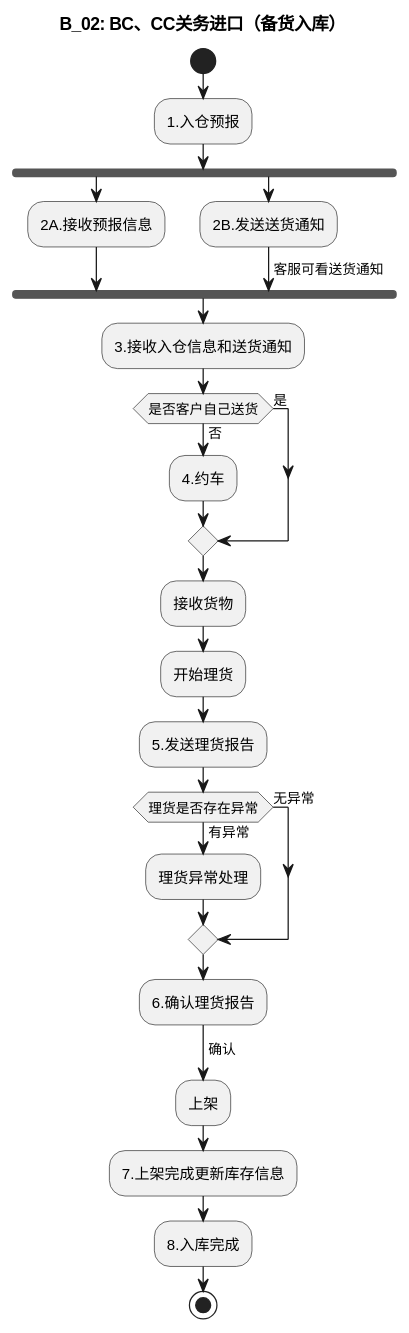
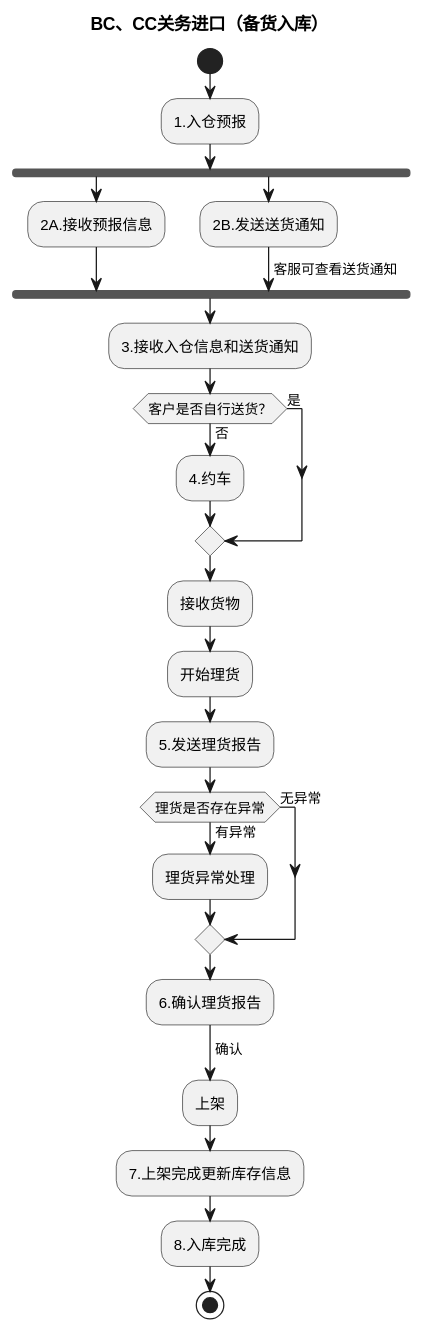
One commit to jack888332/projects-doc changed the first of 6 diagrams in product-caliber/goldjet/segmented-prd/mainflow/PRD.高捷物流系统一期.主流程.05.跨境电商BC、个人物品CC进口详细流程.md. Above: the diagram before and after it, drawn with PlantUML. The commit also changed other lines of this file and 59 other files, not shown here.

````diff
--- a/product-caliber/goldjet/segmented-prd/mainflow/PRD.高捷物流系统一期.主流程.05.跨境电商BC、个人物品CC进口详细流程.md
+++ b/product-caliber/goldjet/segmented-prd/mainflow/PRD.高捷物流系统一期.主流程.05.跨境电商BC、个人物品CC进口详细流程.md
@@ -17,31 +10,31 @@
 ```plantuml
 @startuml
-title B_02: BC、CC关务进口（备货入库）
+title BC、CC关务进口（备货入库）
 start
 :1.入仓预报;
 fork
   :2A.接收预报信息;
 fork again
   :2B.发送送货通知;
-  -> 客服可看送货通知;
+  -> 客服可查看送货通知;
 end fork
 :3.接收入仓信息和送货通知;
-if (是否客户自己送货) then (是)
+if (客户是否自行送货？) then (是)
 else (否)
   :4.约车;
 endif
 :接收货物;
 :开始理货;
 :5.发送理货报告;
 if (理货是否存在异常) then (有异常)
   :理货异常处理;
 else (无异常)
 endif
 :6.确认理货报告;
 -> 确认;
 :上架;
 :7.上架完成更新库存信息;
 :8.入库完成;
 stop
 @enduml
 ```
````
